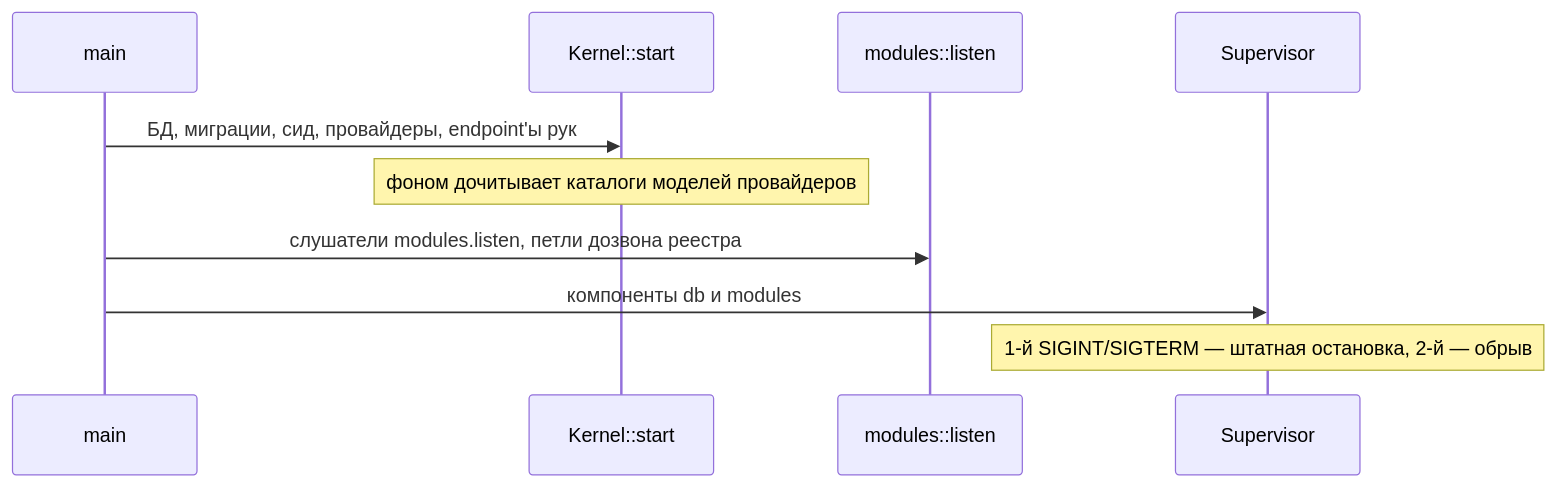
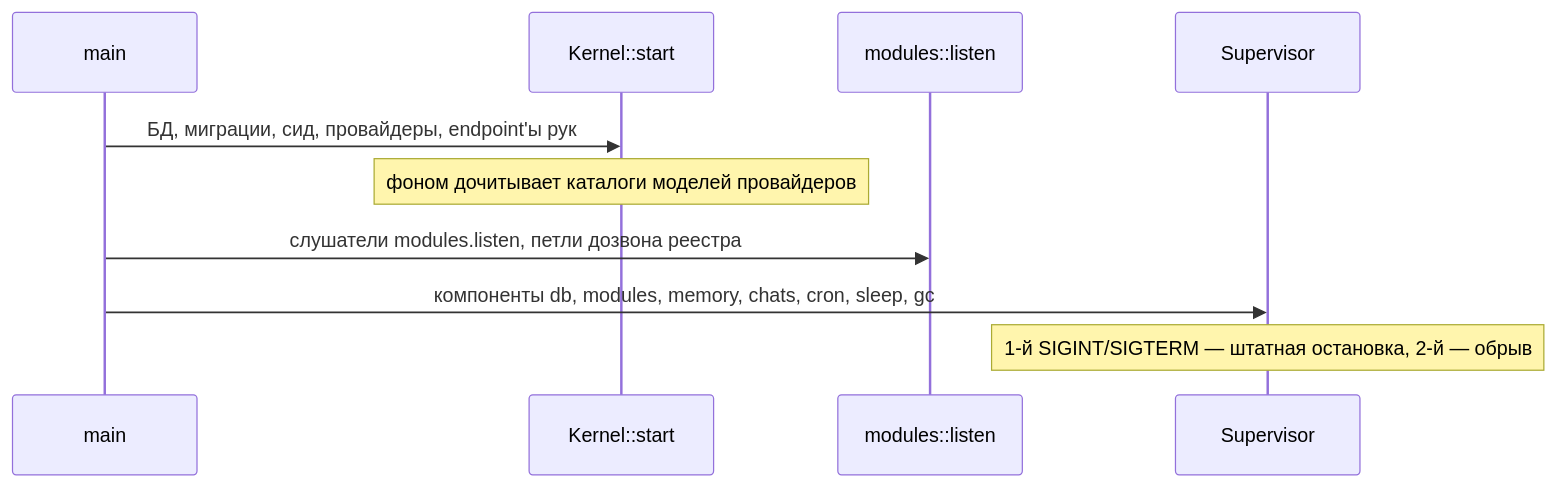
Before and after one commit to eva-rs/kernel: the third of 3 diagrams in docs/src/architecture.md, drawn with Mermaid. The commit also changed other lines of this file and 239 other files, not shown here.

````diff
--- a/docs/src/architecture.md
+++ b/docs/src/architecture.md
@@ -154,12 +155,12 @@
 ```mermaid
 sequenceDiagram
   participant Main as main
   participant K as Kernel::start
   participant L as modules::listen
   participant Sup as Supervisor
   Main->>K: БД, миграции, сид, провайдеры, endpoint'ы рук
   Note over K: фоном дочитывает каталоги моделей провайдеров
   Main->>L: слушатели modules.listen, петли дозвона реестра
-  Main->>Sup: компоненты db и modules
+  Main->>Sup: компоненты db, modules, memory, chats, cron, sleep, gc
   Note over Sup: 1-й SIGINT/SIGTERM — штатная остановка, 2-й — обрыв
 ```
````
